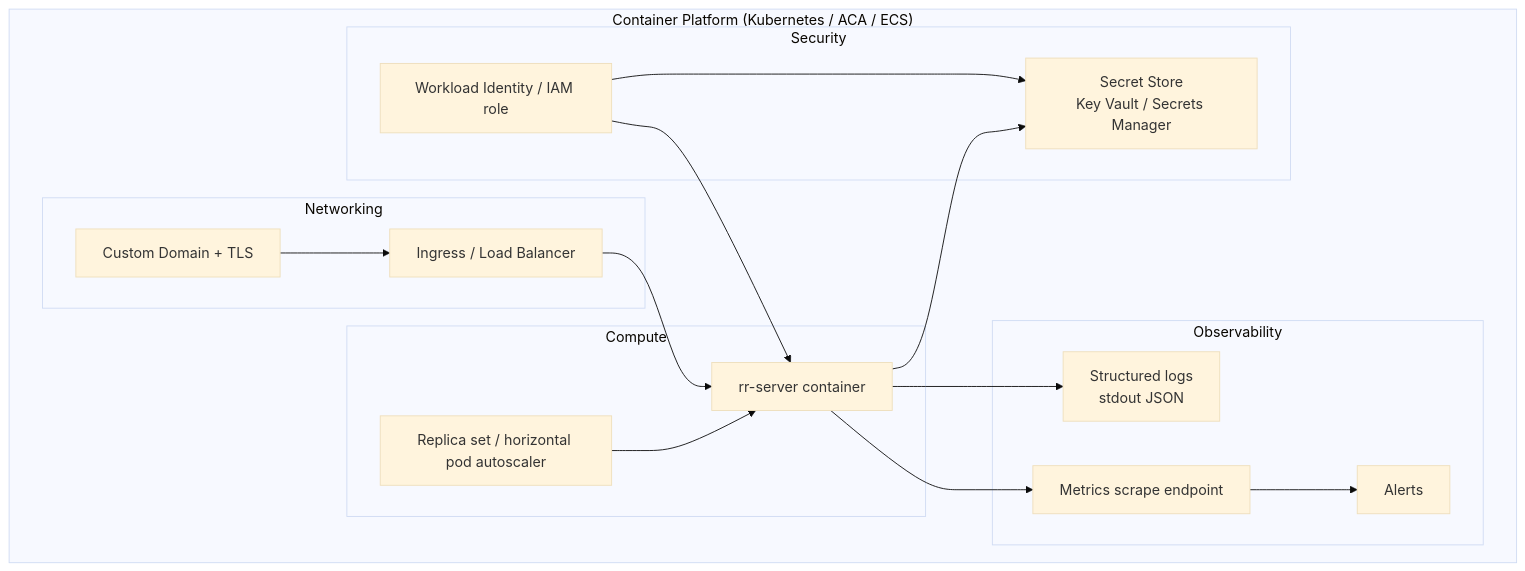
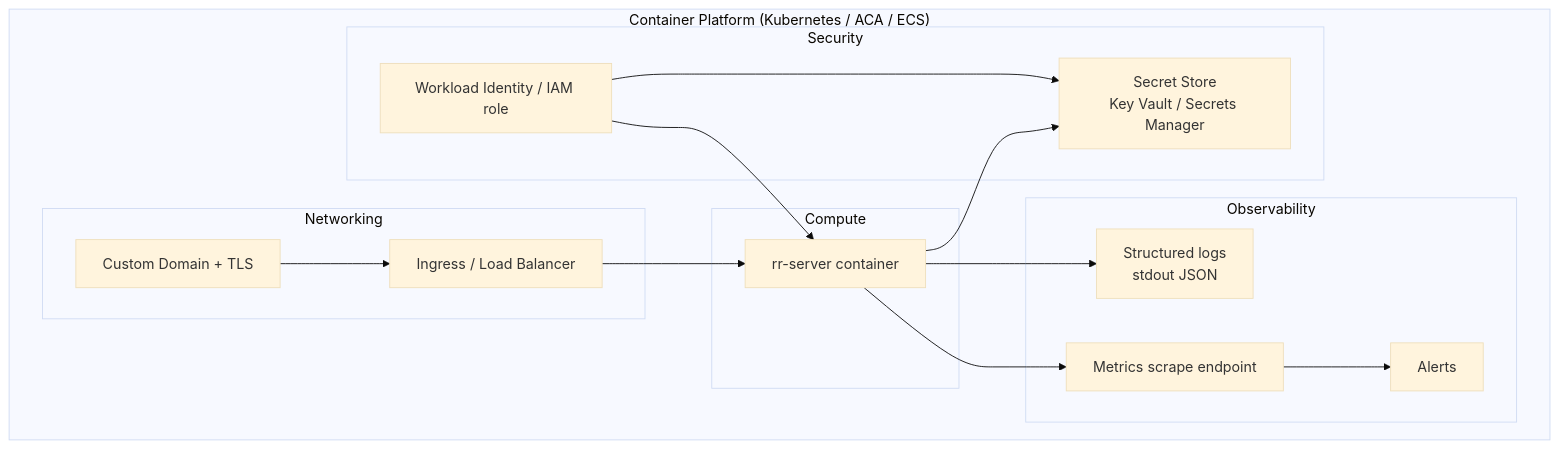
One commit to pvandervelde/release_regent changed the sixth of 9 diagrams in docs/specs/architecture/overview.md. Above: the diagram before and after it, drawn with Mermaid (base theme). The commit also changed other lines of this file and 2 other files, not shown here.

````diff
--- a/docs/specs/architecture/overview.md
+++ b/docs/specs/architecture/overview.md
@@ -409,35 +409,33 @@
 ```mermaid
 graph TB
     subgraph "Container Platform (Kubernetes / ACA / ECS)"
         subgraph "Compute"
             C[rr-server container]
-            RS[Replica set / horizontal pod autoscaler]
         end
 
         subgraph "Security"
             KV[Secret Store\nKey Vault / Secrets Manager]
             IAM[Workload Identity / IAM role]
         end
 
         subgraph "Observability"
             L[Structured logs\nstdout JSON]
             M[Metrics scrape endpoint]
             A[Alerts]
         end
 
         subgraph "Networking"
             ING[Ingress / Load Balancer]
             DNS[Custom Domain + TLS]
         end
     end
 
     C --> KV
     C --> L
     C --> M
-    RS --> C
     ING --> C
     DNS --> ING
     IAM --> C
     IAM --> KV
     M --> A
 ```
````
